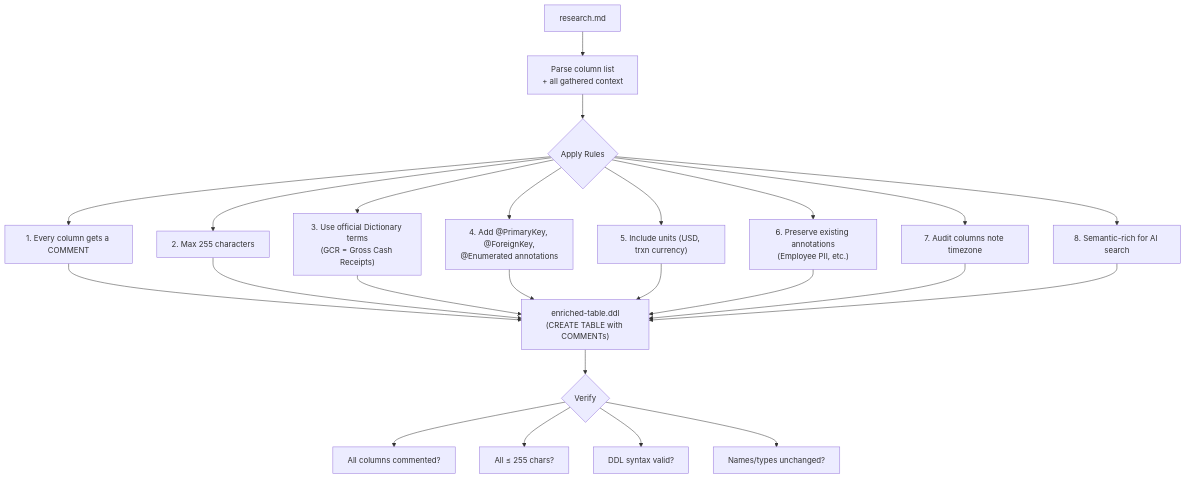
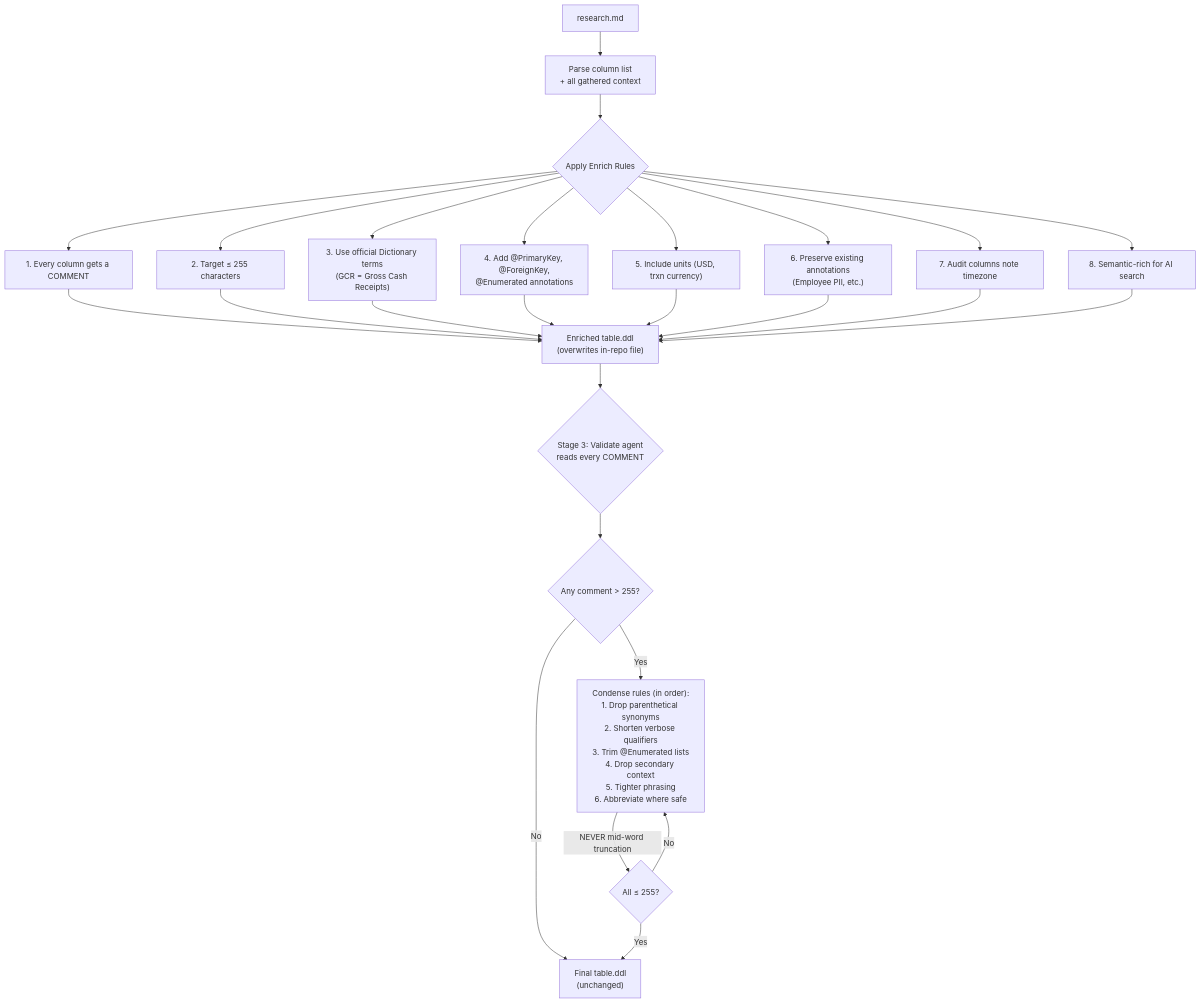
The third of 4 diagrams in missions/column-comments/docs/data-flow.md (aghosh-godaddy/moon-unit-missions), drawn with Mermaid before and after one commit. The commit also changed other lines of this file and 4 other files, not shown here.

````diff
--- a/missions/column-comments/docs/data-flow.md
+++ b/missions/column-comments/docs/data-flow.md
@@ -124,23 +149,26 @@
 ```mermaid
 flowchart TD
     Input["research.md"] --> Parse["Parse column list<br>+ all gathered context"]
 
-    Parse --> Rules{"Apply Rules"}
+    Parse --> Rules{"Apply Enrich Rules"}
 
     Rules --> R1["1. Every column gets a COMMENT"]
-    Rules --> R2["2. Max 255 characters"]
+    Rules --> R2["2. Target ≤ 255 characters"]
     Rules --> R3["3. Use official Dictionary terms<br>(GCR = Gross Cash Receipts)"]
     Rules --> R4["4. Add @PrimaryKey, @ForeignKey,<br>@Enumerated annotations"]
     Rules --> R5["5. Include units (USD, trxn currency)"]
     Rules --> R6["6. Preserve existing annotations<br>(Employee PII, etc.)"]
     Rules --> R7["7. Audit columns note timezone"]
     Rules --> R8["8. Semantic-rich for AI search"]
 
-    R1 & R2 & R3 & R4 & R5 & R6 & R7 & R8 --> DDL["enriched-table.ddl<br>(CREATE TABLE with COMMENTs)"]
+    R1 & R2 & R3 & R4 & R5 & R6 & R7 & R8 --> Enriched["Enriched table.ddl<br>(overwrites in-repo file)"]
 
-    DDL --> Validate{"Verify"}
-    Validate --> V1["All columns commented?"]
-    Validate --> V2["All ≤ 255 chars?"]
-    Validate --> V3["DDL syntax valid?"]
-    Validate --> V4["Names/types unchanged?"]
+    Enriched --> ValidateAgent{"Stage 3: Validate agent<br>reads every COMMENT"}
+    ValidateAgent --> Check{"Any comment &gt; 255?"}
+
+    Check -->|"No"| FinalDDL["Final table.ddl<br>(unchanged)"]
+    Check -->|"Yes"| Condense["Condense rules (in order):<br>1. Drop parenthetical synonyms<br>2. Shorten verbose qualifiers<br>3. Trim @Enumerated lists<br>4. Drop secondary context<br>5. Tighter phrasing<br>6. Abbreviate where safe"]
+    Condense -->|"NEVER mid-word truncation"| Recheck{"All ≤ 255?"}
+    Recheck -->|"No"| Condense
+    Recheck -->|"Yes"| FinalDDL
 ```
````
